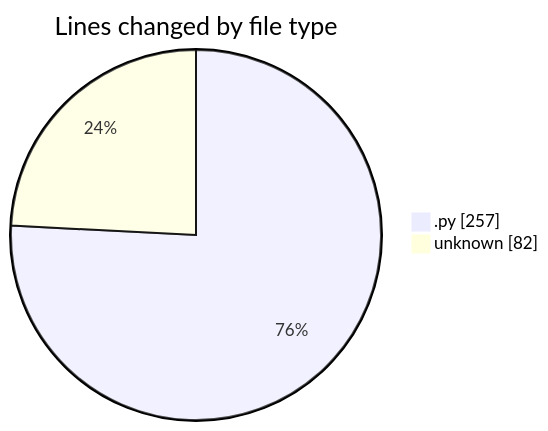
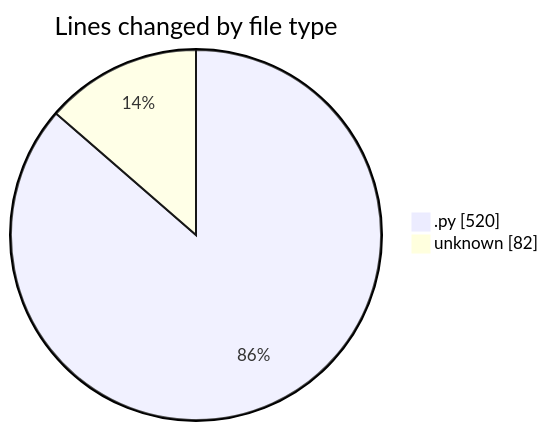
One commit to julien-gomy/code-tracking changed the first of 2 diagrams in 2025-10-16/eventscop-api-guide__workspace_/README.md. Above: the diagram before and after it, drawn with Mermaid. The commit also changed other lines of this file and 1 other file, not shown here.

````diff
--- a/2025-10-16/eventscop-api-guide__workspace_/README.md
+++ b/2025-10-16/eventscop-api-guide__workspace_/README.md
@@ -25,6 +27,6 @@
 ```mermaid
 pie showData
 title Lines changed by file type
-".py" : 257
+".py" : 520
 "unknown" : 82
 ```
````
